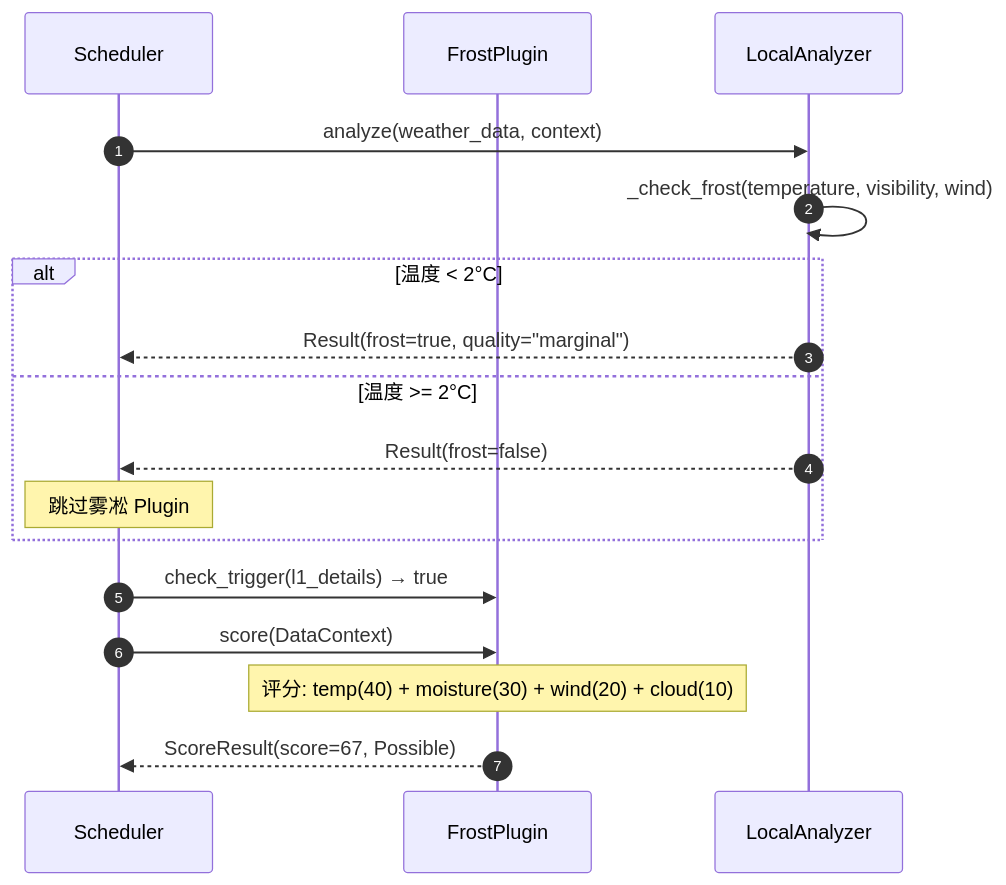
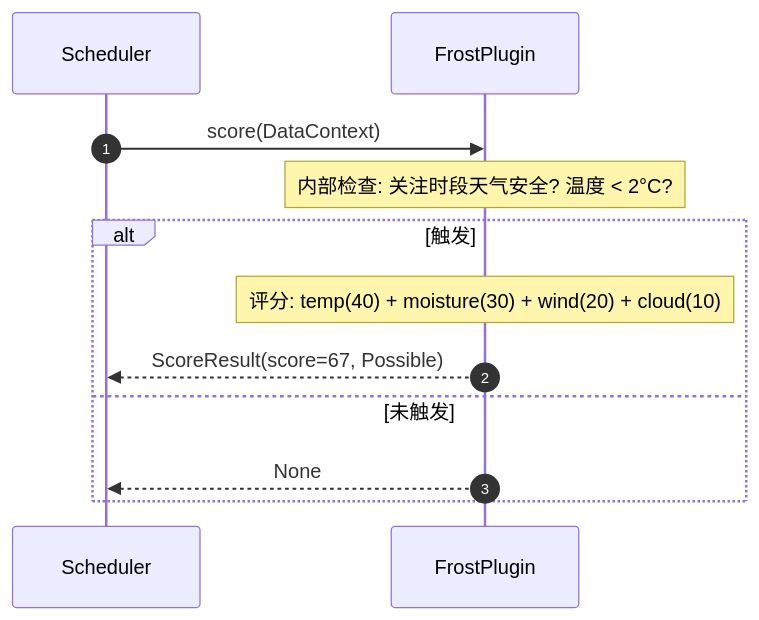
Before and after one commit to mpb159753/golden-moment-predictor: the eighth of 12 diagrams in design/06-class-sequence.md, drawn with Mermaid. The commit also changed other lines of this file and 9 other files, not shown here.

````diff
--- a/design/06-class-sequence.md
+++ b/design/06-class-sequence.md
@@ -451,21 +436,15 @@
 ```mermaid
 sequenceDiagram
     autonumber
     participant S as Scheduler
     participant P as FrostPlugin
-    participant LA as LocalAnalyzer
 
-    S->>LA: analyze(weather_data, context)
-    LA->>LA: _check_frost(temperature, visibility, wind)
-    alt 温度 < 2°C
-        LA-->>S: Result(frost=true, quality="marginal")
-    else 温度 >= 2°C
-        LA-->>S: Result(frost=false)
-        Note over S: 跳过雾凇 Plugin
+    S->>P: score(DataContext)
+    Note over P: 内部检查: 关注时段天气安全? 温度 < 2°C?
+    alt 触发
+        Note over P: 评分: temp(40) + moisture(30) + wind(20) + cloud(10)
+        P-->>S: ScoreResult(score=67, Possible)
+    else 未触发
+        P-->>S: None
     end
-
-    S->>P: check_trigger(l1_details) → true
-    S->>P: score(DataContext)
-    Note over P: 评分: temp(40) + moisture(30) + wind(20) + cloud(10)
-    P-->>S: ScoreResult(score=67, Possible)
 ```
````
